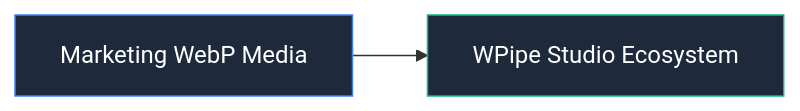
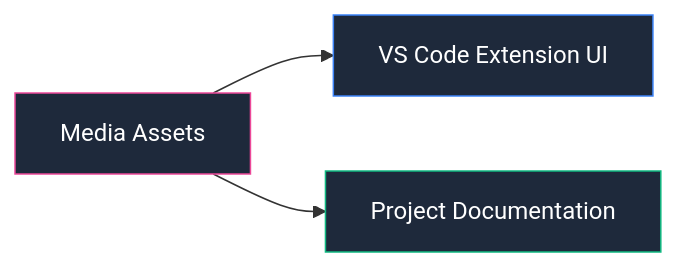
The diagram in docs/marketing/README.md (wisrovi/wpipe-studio), drawn with Mermaid before and after one commit. The commit also changed other lines of this file and 436 other files, not shown here.

````diff
--- a/docs/marketing/README.md
+++ b/docs/marketing/README.md
@@ -6,6 +8,9 @@
 ```mermaid
 flowchart LR
-    Mod["Marketing WebP Media"] --> WPipe["WPipe Studio Ecosystem"]
-    style Mod fill:#1e293b,color:#fff,stroke:#3b82f6
-    style WPipe fill:#1e293b,color:#fff,stroke:#10b981
+    Assets["Media Assets"] --> Ext["VS Code Extension UI"]
+    Assets --> Docs["Project Documentation"]
+    
+    style Assets fill:#1e293b,color:#fff,stroke:#ec4899
+    style Ext fill:#1e293b,color:#fff,stroke:#3b82f6
+    style Docs fill:#1e293b,color:#fff,stroke:#10b981
 ```
````
